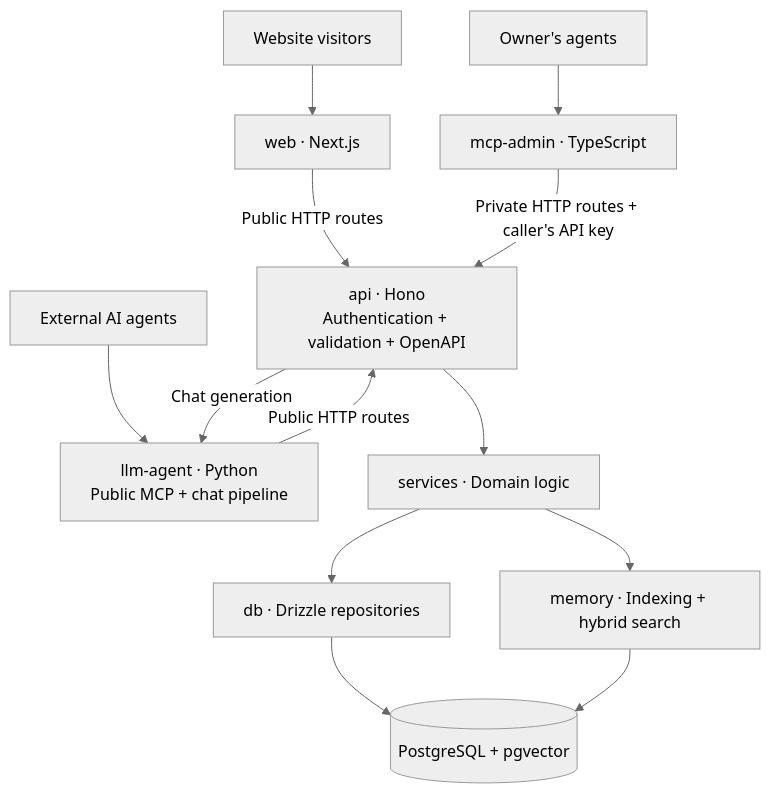
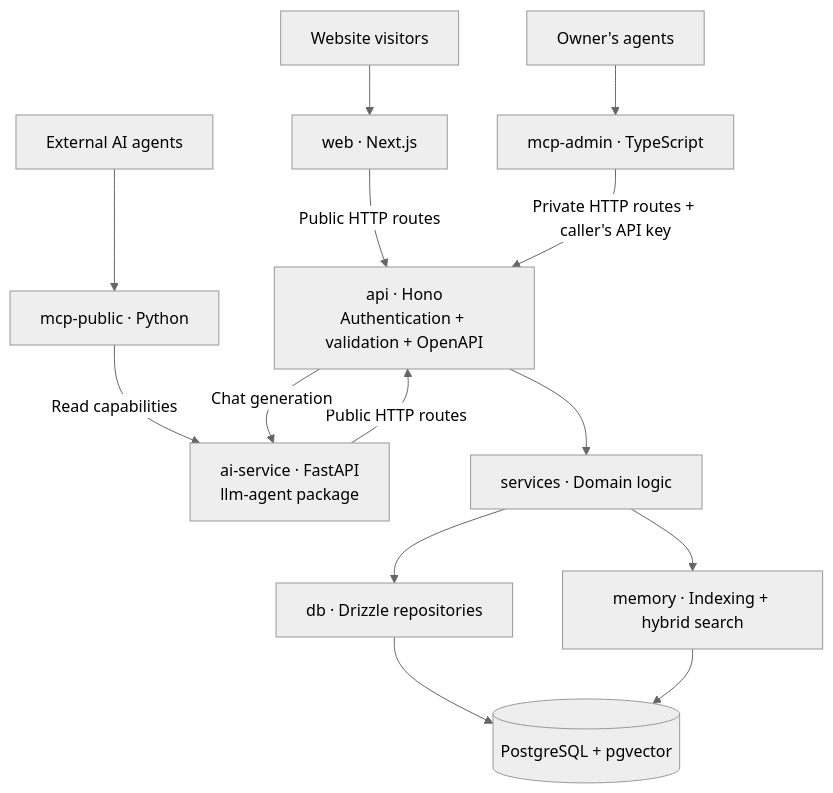
One commit to sebelapetr/sebela.dev changed the diagram in README.md. Above: the diagram before and after it, drawn with Mermaid (neutral theme). The commit also changed other lines of this file and 17 other files, not shown here.

Commit message:
docs(ai): define separate runtime and shared agent pipeline

````diff
--- a/README.md
+++ b/README.md
@@ -54,17 +54,18 @@
 ```mermaid
 flowchart TB
     visitor["Website visitors"] --> web["web · Next.js"]
-    agents["External AI agents"] --> ai["llm-agent · Python<br/>Public MCP + chat pipeline"]
+    agents["External AI agents"] --> public["mcp-public · Python"]
+    public -->|Read capabilities| ai["ai-service · FastAPI<br/>llm-agent package"]
     owner["Owner's agents"] --> admin["mcp-admin · TypeScript"]
 
     web -->|Public HTTP routes| api["api · Hono<br/>Authentication + validation + OpenAPI"]
     ai -->|Public HTTP routes| api
     admin -->|Private HTTP routes + caller's API key| api
     api -->|Chat generation| ai
 
     api --> services["services · Domain logic"]
     services --> db["db · Drizzle repositories"]
     services --> memory["memory · Indexing + hybrid search"]
     db --> postgres[("PostgreSQL + pgvector")]
     memory --> postgres
 ```
````
